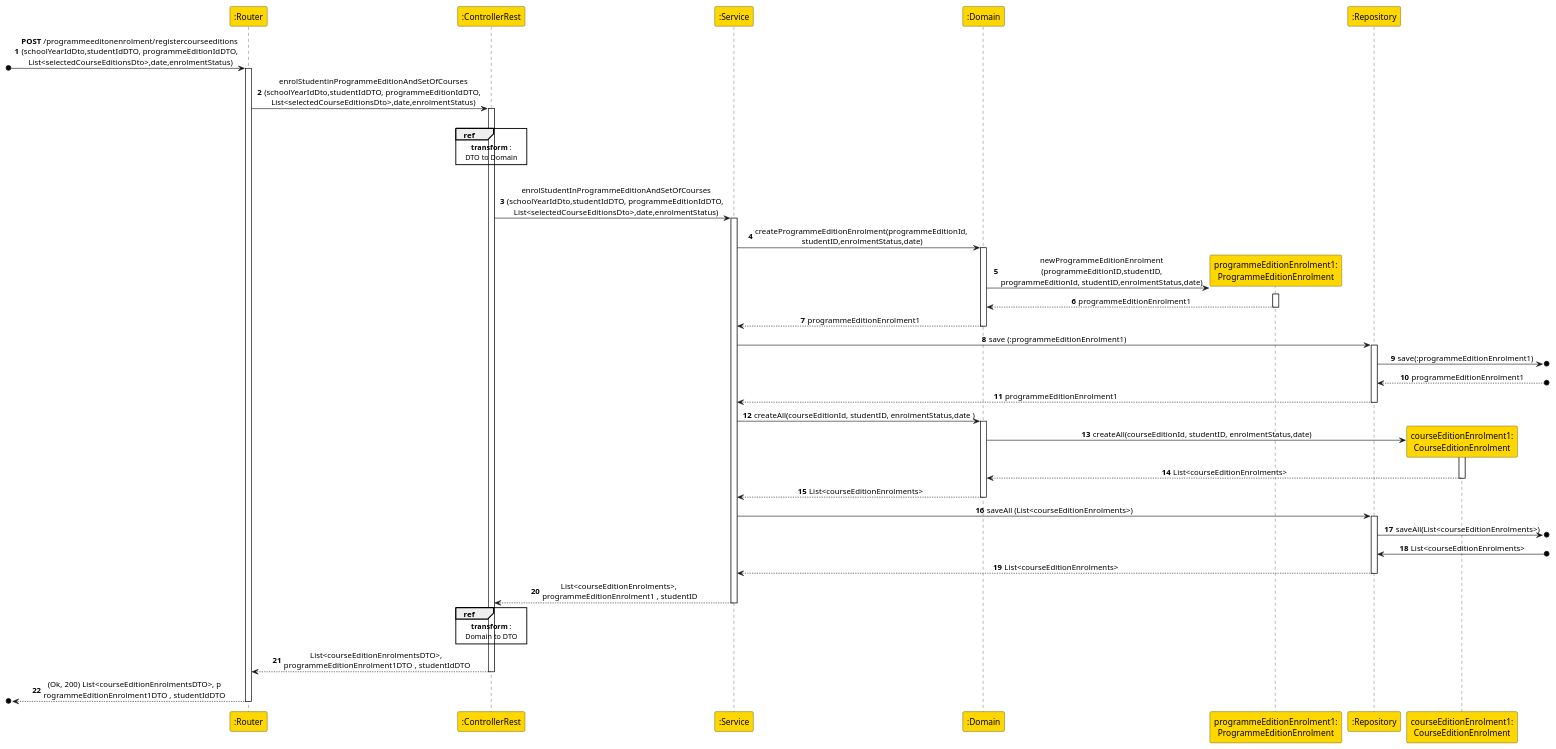
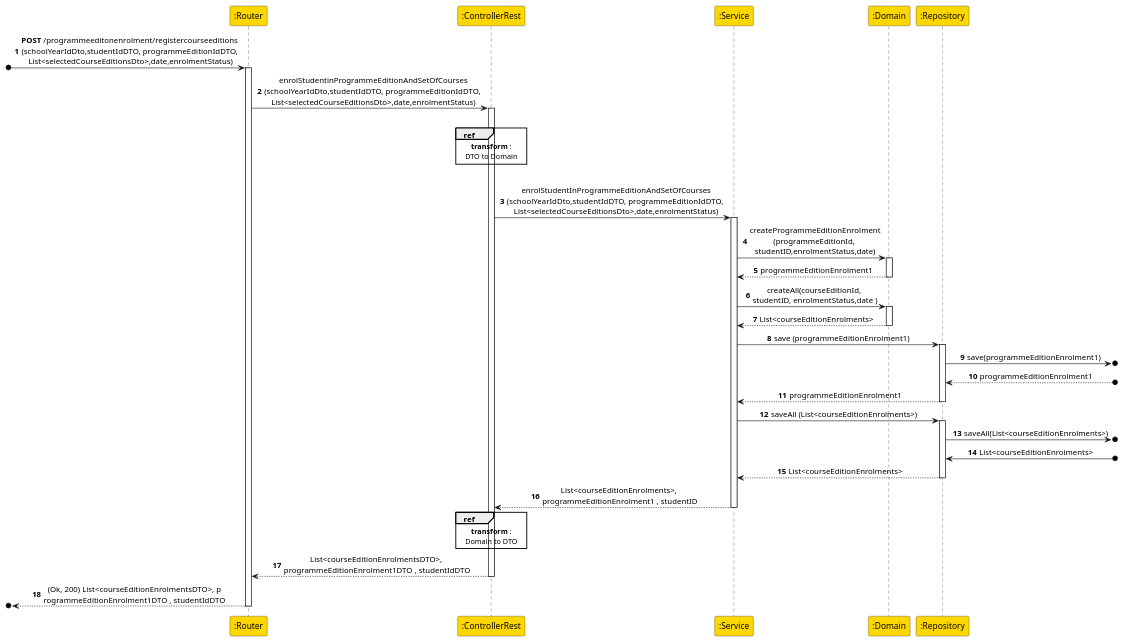
Before and after one commit to GasparISEP/DevOps-PAI: the diagram in docs/US34/Sprint7/ProcessView/Level3.puml, drawn with PlantUML.

Commit message:
Updated the Process View Level 3 regarding the US 34. ref #646

```diff
--- a/docs/US34/Sprint7/ProcessView/Level3.puml
+++ b/docs/US34/Sprint7/ProcessView/Level3.puml
@@ -1,54 +1,47 @@
 @startuml
 'https://plantuml.com/sequence-diagram
 
 autonumber
 
 participant ":Router" as r #gold
 participant ":ControllerRest" as c #gold
 participant ":Service" as s #gold
 participant ":Domain" as d #gold
-participant "programmeEditionEnrolment1:\nProgrammeEditionEnrolment" as PEE #gold
 participant ":Repository" as rep #gold
-participant "courseEditionEnrolment1:\nCourseEditionEnrolment" as CEE #gold
 skinparam DefaultTextAlignment center
 
 
 [o-> r++ : **POST** /programmeeditonenrolment/registercourseeditions \n(schoolYearIdDto,studentIdDTO, programmeEditionIdDTO, \nList<selectedCourseEditionsDto>,date,enrolmentStatus)
 r->c++ : enrolStudentinProgrammeEditionAndSetOfCourses\n(schoolYearIdDto,studentIdDTO, programmeEditionIdDTO, \nList<selectedCourseEditionsDto>,date,enrolmentStatus)
 |||
 ref over c, c
 **transform** :
 DTO to Domain
 end ref
 |||
 c-> s++ : enrolStudentInProgrammeEditionAndSetOfCourses\n(schoolYearIdDto,studentIdDTO, programmeEditionIdDTO, \nList<selectedCourseEditionsDto>,date,enrolmentStatus)
 
-s->d ++: createProgrammeEditionEnrolment(programmeEditionId, \nstudentID,enrolmentStatus,date)
-d -> PEE  ** : newProgrammeEditionEnrolment\n(programmeEditionID,studentID,\nprogrammeEditionId, studentID,enrolmentStatus,date)
-activate PEE
-PEE --> d-- : programmeEditionEnrolment1
+s->d ++: createProgrammeEditionEnrolment\n(programmeEditionId, \nstudentID,enrolmentStatus,date)
+
 d --> s-- : programmeEditionEnrolment1
-s -> rep++: save (:programmeEditionEnrolment1)
-rep ->o] : save(:programmeEditionEnrolment1)
+s->d ++: createAll(courseEditionId, \nstudentID, enrolmentStatus,date )
+d --> s-- : List<courseEditionEnrolments>
+s -> rep++: save (programmeEditionEnrolment1)
+rep ->o] : save(programmeEditionEnrolment1)
 rep <--o] : programmeEditionEnrolment1
 rep --> s -- : programmeEditionEnrolment1
 
-s->d ++: createAll(courseEditionId, studentID, enrolmentStatus,date )
-d -> CEE  ** : createAll(courseEditionId, studentID, enrolmentStatus,date)
-activate CEE
-CEE --> d-- : List<courseEditionEnrolments>
-d --> s-- : List<courseEditionEnrolments>
 s -> rep++: saveAll (List<courseEditionEnrolments>)
 rep ->o] : saveAll(List<courseEditionEnrolments>)
 rep <-o] : List<courseEditionEnrolments>
 rep --> s --: List<courseEditionEnrolments>
 s --> c --: List<courseEditionEnrolments>, \nprogrammeEditionEnrolment1 , studentID
 
 ref over c, c
 **transform** :
 Domain to DTO
 end ref
 
 c --> r-- : List<courseEditionEnrolmentsDTO>, \nprogrammeEditionEnrolment1DTO , studentIdDTO
 [o<-- r --: (Ok, 200) List<courseEditionEnrolmentsDTO>, p\nrogrammeEditionEnrolment1DTO , studentIdDTO
 @enduml
```
